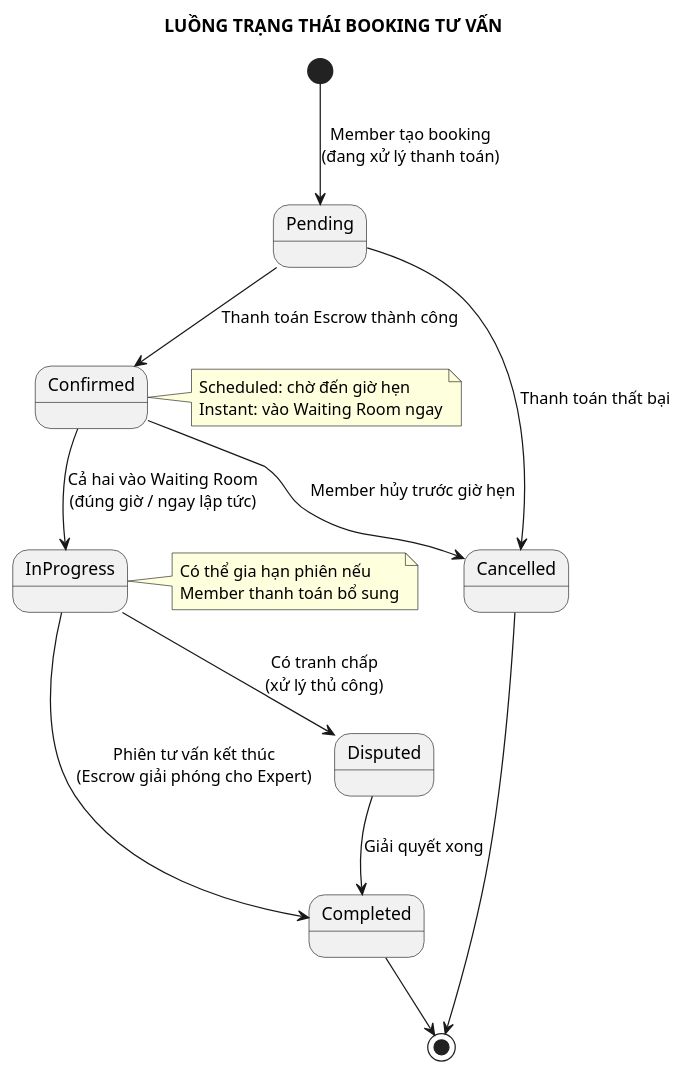
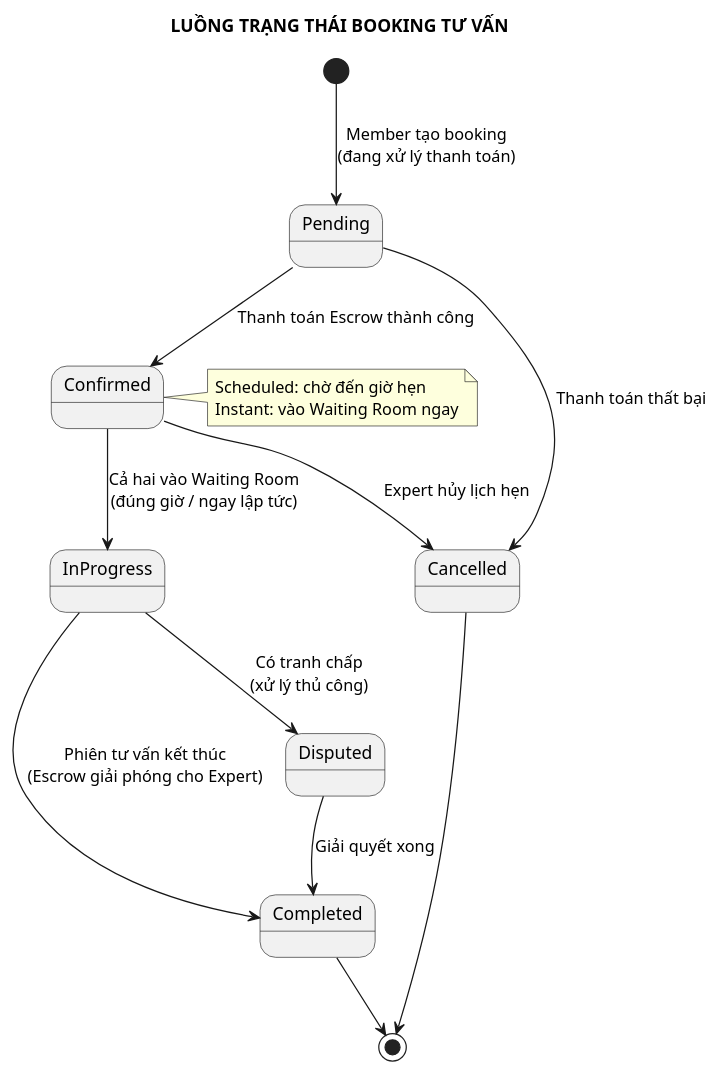
One commit to Snake-AID/SnakeAid.Mobile changed the sixth of 6 diagrams in docs/01-Requirements/Activity-Diagram/03-Activity-Consultation.md. Above: the diagram before and after it, drawn with PlantUML. The commit also changed other lines of this file and 1 other file, not shown here.

````diff
--- a/docs/01-Requirements/Activity-Diagram/03-Activity-Consultation.md
+++ b/docs/01-Requirements/Activity-Diagram/03-Activity-Consultation.md
@@ -343,32 +322,27 @@
 ```plantuml
 @startuml Consultation-Status-Flow
 title LUỒNG TRẠNG THÁI BOOKING TƯ VẤN
 
 [*] --> Pending : Member tạo booking\n(đang xử lý thanh toán)
 
 Pending --> Confirmed : Thanh toán Escrow thành công
 Pending --> Cancelled : Thanh toán thất bại
 
 Confirmed --> InProgress : Cả hai vào Waiting Room\n(đúng giờ / ngay lập tức)
-Confirmed --> Cancelled : Member hủy trước giờ hẹn
+Confirmed --> Cancelled : Expert hủy lịch hẹn
 
 InProgress --> Completed : Phiên tư vấn kết thúc\n(Escrow giải phóng cho Expert)
 InProgress --> Disputed : Có tranh chấp\n(xử lý thủ công)
 
 Disputed --> Completed : Giải quyết xong
 
 Cancelled --> [*]
 Completed --> [*]
 
 note right of Confirmed
   Scheduled: chờ đến giờ hẹn
   Instant: vào Waiting Room ngay
 end note
 
-note right of InProgress
-  Có thể gia hạn phiên nếu
-  Member thanh toán bổ sung
-end note
-
 @enduml
 ```
````
